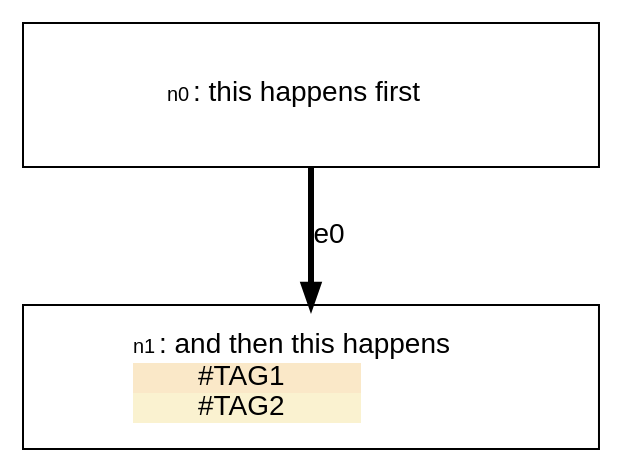
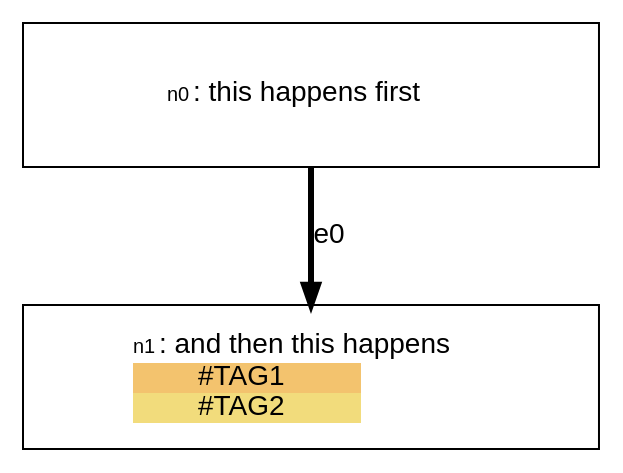
One commit to stevecooperorg/microdot changed the diagram in examples/readme_example_1.dot. Above: the diagram before and after it, drawn with Graphviz. The commit also changed 9 other files, not shown here.

```diff
--- a/examples/readme_example_1.dot
+++ b/examples/readme_example_1.dot
@@ -1,34 +1,34 @@
 digraph {
 
     graph [fontname = "helvetica" rankdir="TB" ranksep=0.75 nodesep=0.5];
     node [fontname = "helvetica" shape = "box" width=2.5 style=filled];
     edge [fontname = "helvetica" penwidth=3 color="#000000"];
 
     n0 [width=4 height=1 label=< <TABLE BORDER="0" CELLPADDING="0" CELLSPACING="0">
     <TR>
         <TD COLSPAN="1"><FONT POINT-SIZE="10">n0</FONT>: this happens first</TD>
     </TR>
     
    </TABLE>
 > fillcolor="#FFFFFF"]
     n1 [width=4 height=1 label=< <TABLE BORDER="0" CELLPADDING="0" CELLSPACING="0">
     <TR>
         <TD COLSPAN="2"><FONT POINT-SIZE="10">n1</FONT>: and then this happens</TD>
     </TR>
     
         
            <TR>
-<TD BGCOLOR="#FAE8C8">#TAG1</TD>
+<TD BGCOLOR="#F3C36E">#TAG1</TD>
 </TR>
         
            <TR>
-<TD BGCOLOR="#FAF2D0">#TAG2</TD>
+<TD BGCOLOR="#F2DC7C">#TAG2</TD>
 </TR>
         
     
    </TABLE>
 > fillcolor="#FFFFFF"]
 
     "n0" -> "n1" [label="e0"];
 
 }
```
